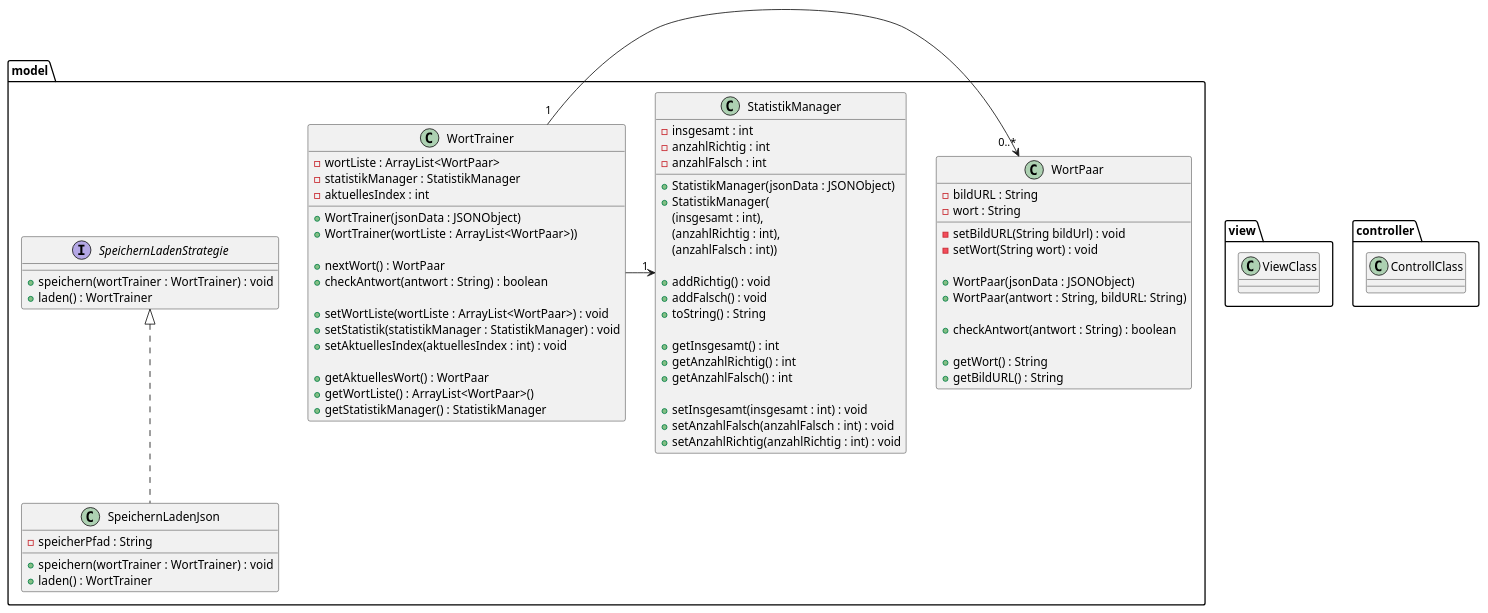
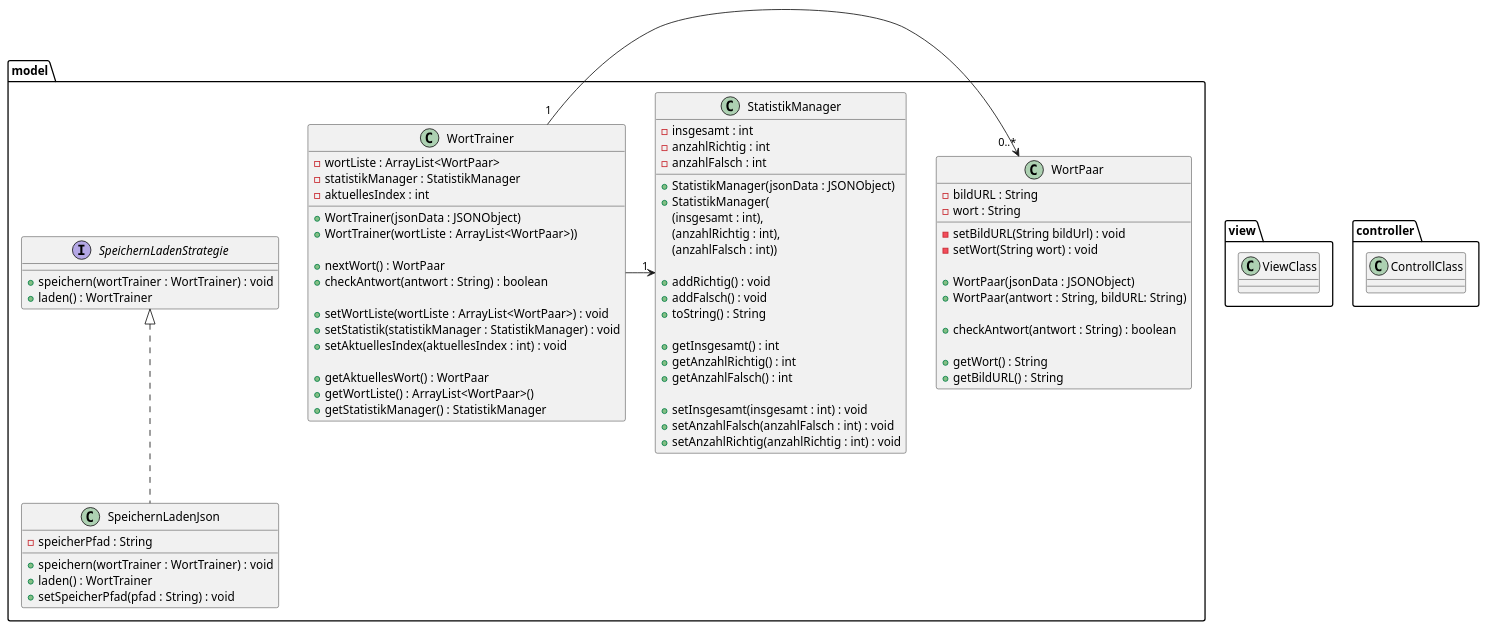
Before and after one commit to TGM-HIT/sew9-2425-worttrainer-aaabdulkarim: the diagram in Worttrainer_UML.puml, drawn with PlantUML. The commit also changed 1 other file, not shown here.

Commit message:
Implementieren der Speicher und Lade Funktion

```diff
--- a/Worttrainer_UML.puml
+++ b/Worttrainer_UML.puml
@@ -1,97 +1,98 @@
 @startuml
 'https://plantuml.com/class-diagram
 
 package model {
 
     class WortPaar {
         - bildURL : String
         - wort : String
 
         - setBildURL(String bildUrl) : void
         - setWort(String wort) : void
 
         + WortPaar(jsonData : JSONObject)
         + WortPaar(antwort : String, bildURL: String)
 
         + checkAntwort(antwort : String) : boolean
 
         + getWort() : String
         + getBildURL() : String
 
     }
 
     class WortTrainer {
         - wortListe : ArrayList<WortPaar>
         - statistikManager : StatistikManager
         - aktuellesIndex : int
 
         + WortTrainer(jsonData : JSONObject)
         + WortTrainer(wortListe : ArrayList<WortPaar>))
 
         + nextWort() : WortPaar
         + checkAntwort(antwort : String) : boolean
 
         + setWortListe(wortListe : ArrayList<WortPaar>) : void
         + setStatistik(statistikManager : StatistikManager) : void
         + setAktuellesIndex(aktuellesIndex : int) : void
 
         + getAktuellesWort() : WortPaar
         + getWortListe() : ArrayList<WortPaar>()
         + getStatistikManager() : StatistikManager
 
     }
 
     class StatistikManager {
         - insgesamt : int
         - anzahlRichtig : int
         - anzahlFalsch : int
 
         + StatistikManager(jsonData : JSONObject)
         + StatistikManager(
         (insgesamt : int),
         (anzahlRichtig : int),
         (anzahlFalsch : int))
 
         + addRichtig() : void
         + addFalsch() : void
         + toString() : String
 
         + getInsgesamt() : int
         + getAnzahlRichtig() : int
         + getAnzahlFalsch() : int
 
         + setInsgesamt(insgesamt : int) : void
         + setAnzahlFalsch(anzahlFalsch : int) : void
         + setAnzahlRichtig(anzahlRichtig : int) : void
     }
 
     interface SpeichernLadenStrategie{
         + speichern(wortTrainer : WortTrainer) : void
         + laden() : WortTrainer
     }
 
     class SpeichernLadenJson implements SpeichernLadenStrategie{
         - speicherPfad : String
         + speichern(wortTrainer : WortTrainer) : void
         + laden() : WortTrainer
+        + setSpeicherPfad(pfad : String) : void
     }
 }
 
 
 package view {
     class ViewClass {
     }
 }
 
 package controller {
     class ControllClass {
     }
 }
 
 
 
 
 WortTrainer "1" -> "0..*" WortPaar
 WortTrainer -> "1" StatistikManager
 
 @enduml
```
